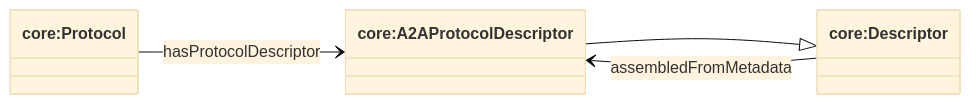
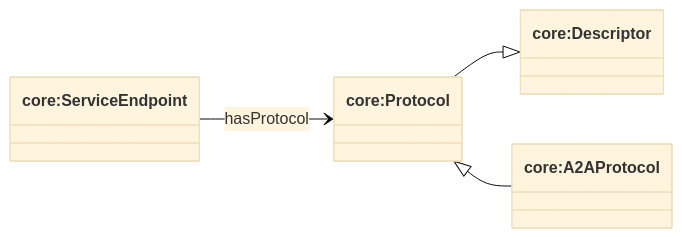
The fourth of 4 diagrams in docs/ontology/descriptor.md (Agentic-Trust-Layer/agent-explorer), drawn with Mermaid (base theme) before and after one commit. The commit also changed other lines of this file and 34 other files, not shown here.

Commit message:
cleaned up ontology and graphql

````diff
--- a/docs/ontology/descriptor.md
+++ b/docs/ontology/descriptor.md
@@ -145,12 +145,13 @@
 ```mermaid
 classDiagram
 direction LR
 
 class Protocol["core:Protocol"]
-class A2AProtocolDescriptor["core:A2AProtocolDescriptor"]
+class A2AProtocol["core:A2AProtocol"]
+class ServiceEndpoint["core:ServiceEndpoint"]
 class Descriptor["core:Descriptor"]
 
-Protocol --> A2AProtocolDescriptor : hasProtocolDescriptor
-A2AProtocolDescriptor --|> Descriptor
-Descriptor --> A2AProtocolDescriptor : assembledFromMetadata
+ServiceEndpoint --> Protocol : hasProtocol
+Protocol --|> Descriptor
+Protocol <|-- A2AProtocol
 ```
````
